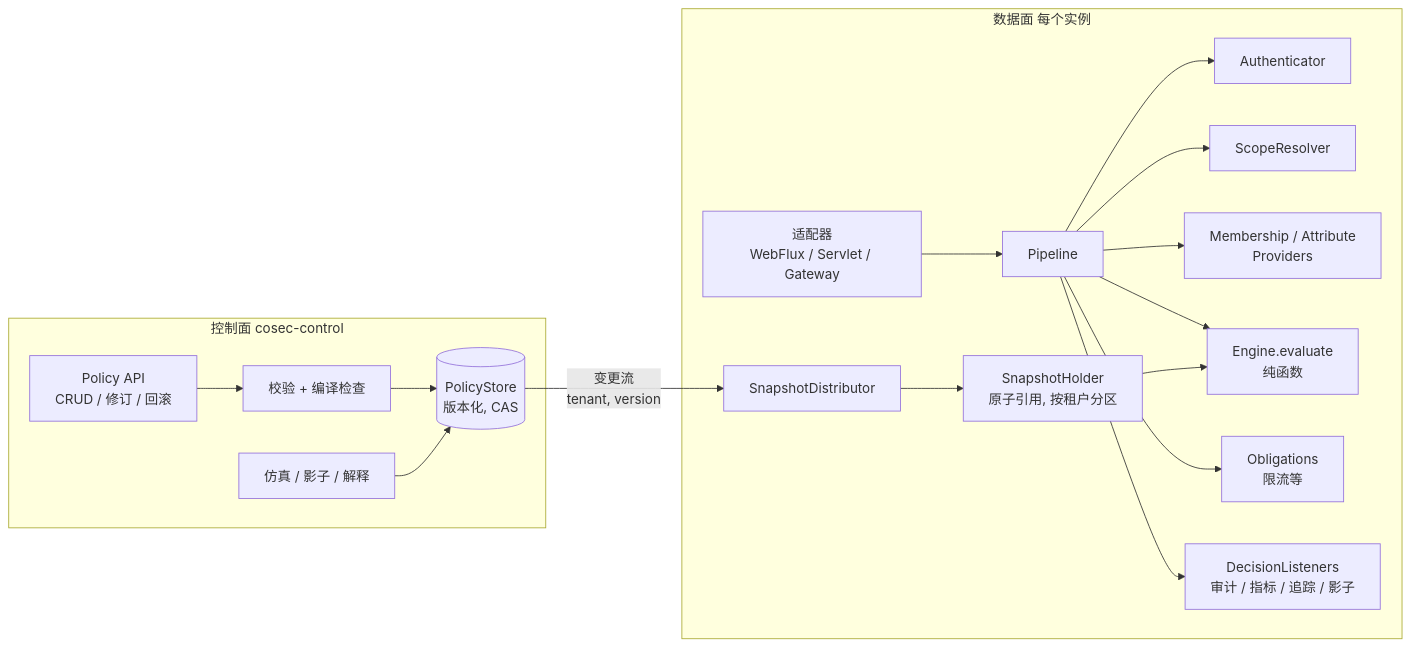
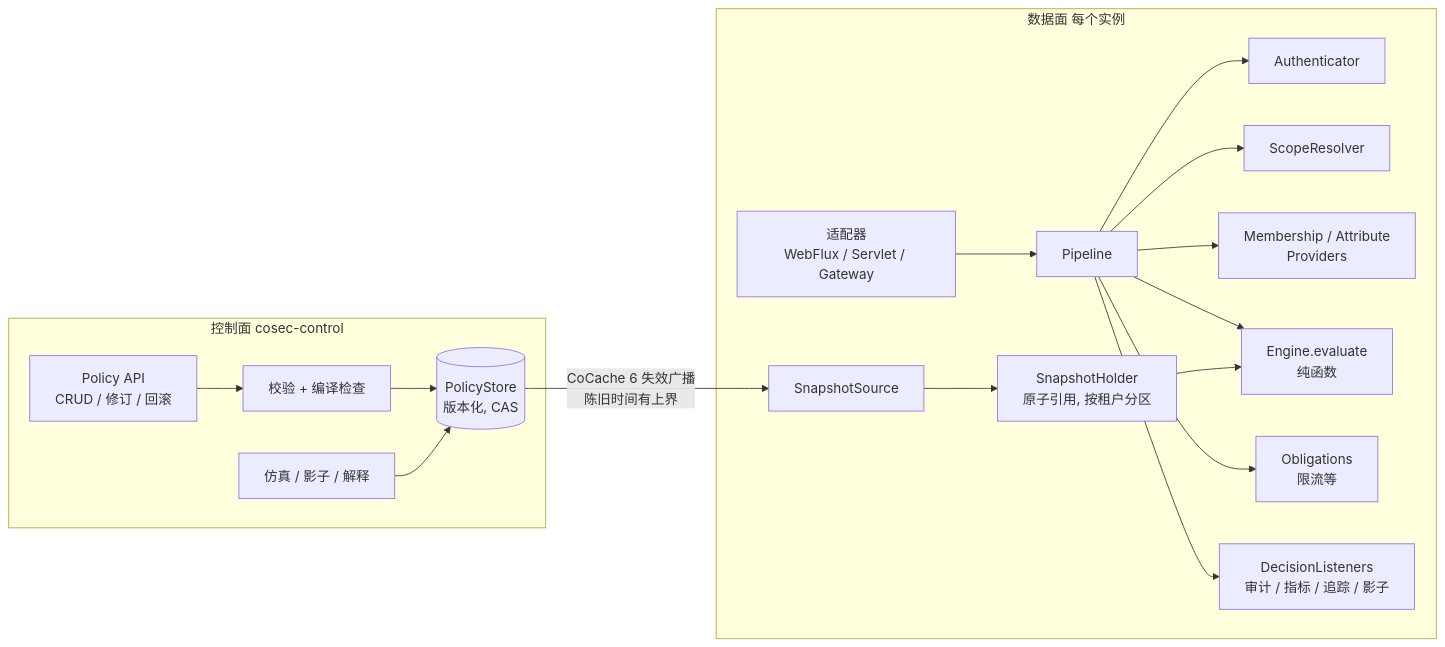
Before and after one commit to Ahoo-Wang/CoSec: the first of 2 diagrams in docs/rfc/0001-target-architecture.md, drawn with Mermaid. The commit also changed other lines of this file, not shown here.

First line of the commit message:
docs(rfc): build the target architecture on CoCache 6.4 and CosId 4.0

````diff
--- a/docs/rfc/0001-target-architecture.md
+++ b/docs/rfc/0001-target-architecture.md
@@ -94,25 +94,25 @@
 ```mermaid
 flowchart LR
     subgraph CP[控制面 cosec-control]
         API[Policy API<br>CRUD / 修订 / 回滚]
         VAL[校验 + 编译检查]
         SIM[仿真 / 影子 / 解释]
         STORE[(PolicyStore<br>版本化, CAS)]
         API --> VAL --> STORE
         SIM --> STORE
     end
 
-    STORE -- 变更流<br>tenant, version --> DIST[SnapshotDistributor]
+    STORE -- CoCache 6 失效广播<br>陈旧时间有上界 --> DIST[SnapshotSource]
 
     subgraph DP[数据面 每个实例]
         DIST --> HOLDER[SnapshotHolder<br>原子引用, 按租户分区]
         ADP[适配器<br>WebFlux / Servlet / Gateway] --> PIPE[Pipeline]
         PIPE --> AUTHN[Authenticator]
         PIPE --> SCOPE[ScopeResolver]
         PIPE --> PIP[Membership / Attribute<br>Providers]
         PIPE --> ENG[Engine.evaluate<br>纯函数]
         HOLDER --> ENG
         PIPE --> OBL[Obligations<br>限流等]
         PIPE --> LIS[DecisionListeners<br>审计 / 指标 / 追踪 / 影子]
     end
 ```
````
